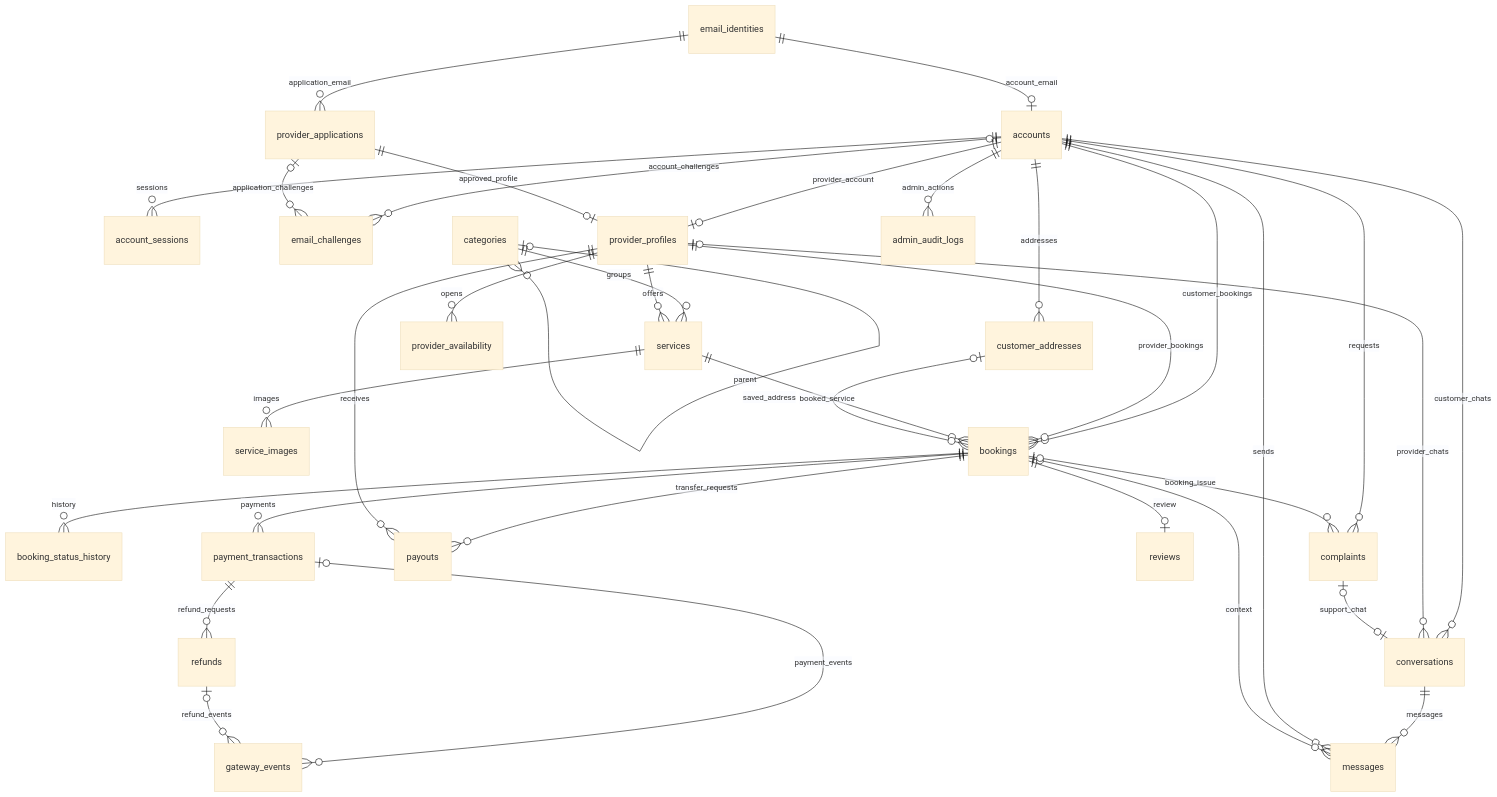
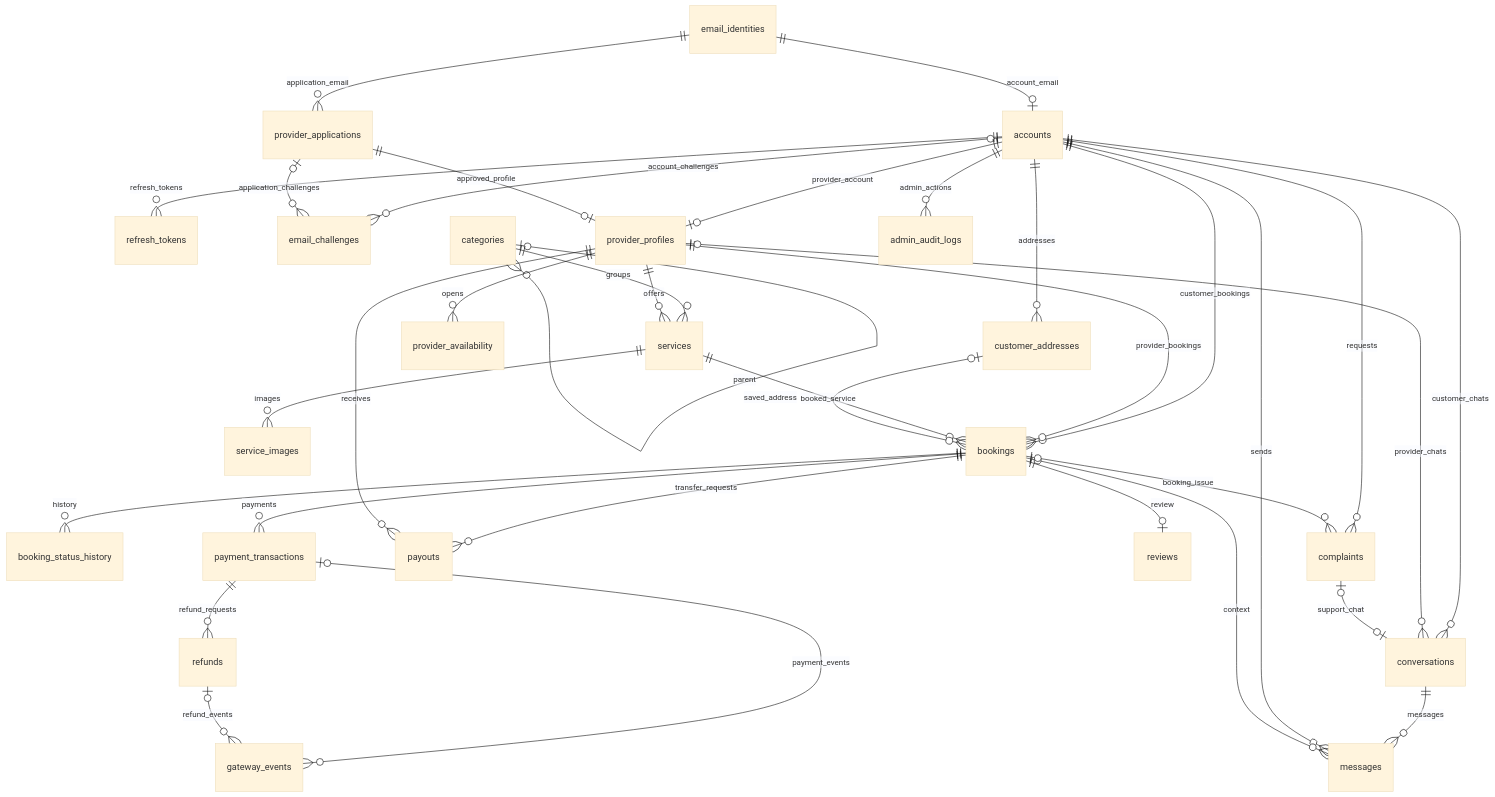
Before and after one commit to dwclam/home-service: the diagram in docs/database-design-final.md, drawn with Mermaid (base theme). The commit also changed other lines of this file and 3 other files, not shown here.

````diff
--- a/docs/database-design-final.md
+++ b/docs/database-design-final.md
@@ -812,37 +822,37 @@
 ```mermaid
 erDiagram
     email_identities ||--o| accounts : account_email
     email_identities ||--o{ provider_applications : application_email
-    accounts ||--o{ account_sessions : sessions
+    accounts ||--o{ refresh_tokens : refresh_tokens
     accounts o|--o{ email_challenges : account_challenges
     provider_applications o|--o{ email_challenges : application_challenges
     accounts ||--o| provider_profiles : provider_account
     provider_applications ||--o| provider_profiles : approved_profile
     categories o|--o{ categories : parent
     categories ||--o{ services : groups
     provider_profiles ||--o{ services : offers
     services ||--o{ service_images : images
     provider_profiles ||--o{ provider_availability : opens
     accounts ||--o{ customer_addresses : addresses
     accounts ||--o{ bookings : customer_bookings
     provider_profiles ||--o{ bookings : provider_bookings
     services ||--o{ bookings : booked_service
     customer_addresses o|--o{ bookings : saved_address
     bookings ||--o{ booking_status_history : history
     bookings ||--o{ payment_transactions : payments
     payment_transactions ||--o{ refunds : refund_requests
     payment_transactions o|--o{ gateway_events : payment_events
     refunds o|--o{ gateway_events : refund_events
     bookings ||--o{ payouts : transfer_requests
     provider_profiles ||--o{ payouts : receives
     bookings ||--o| reviews : review
     accounts ||--o{ conversations : customer_chats
     provider_profiles o|--o{ conversations : provider_chats
     complaints o|--o| conversations : support_chat
     conversations ||--o{ messages : messages
     accounts ||--o{ messages : sends
     bookings o|--o{ messages : context
     accounts ||--o{ complaints : requests
     bookings o|--o{ complaints : booking_issue
     accounts ||--o{ admin_audit_logs : admin_actions
 ```
````
